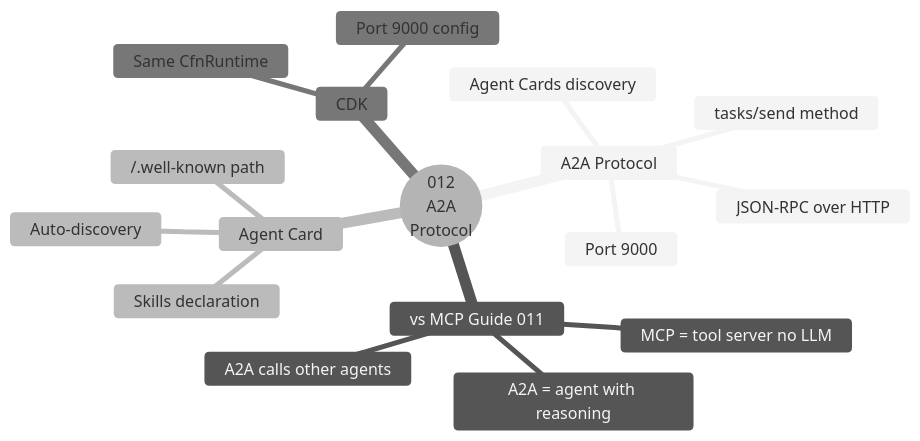
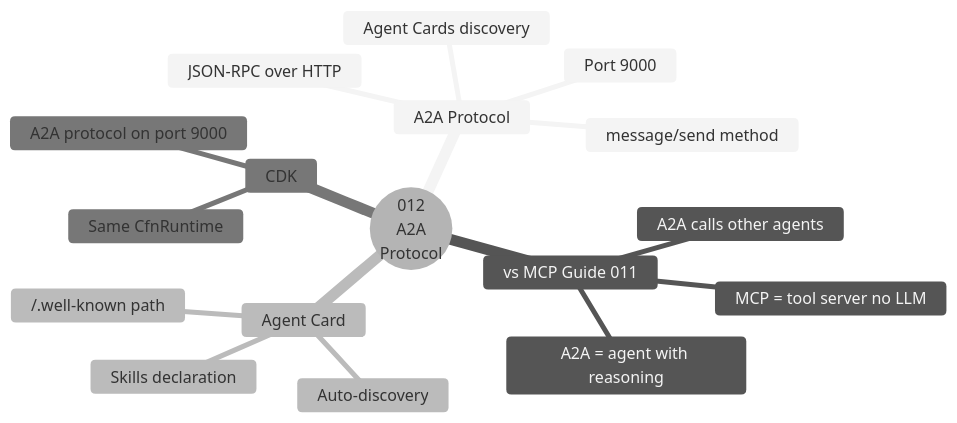
Before and after one commit to anveshmuppeda/agents-on-aws: the third of 3 diagrams in 01-runtime/012-runtime-a2a/README.md, drawn with Mermaid (neutral theme). The commit also changed other lines of this file and 23 other files, not shown here.

````diff
--- a/01-runtime/012-runtime-a2a/README.md
+++ b/01-runtime/012-runtime-a2a/README.md
@@ -64,22 +66,22 @@
 ```mermaid
 mindmap
   root((012
 A2A
 Protocol))
     A2A Protocol
       JSON-RPC over HTTP
       Port 9000
-      tasks/send method
+      message/send method
       Agent Cards discovery
     vs MCP Guide 011
       MCP = tool server no LLM
       A2A = agent with reasoning
       A2A calls other agents
     Agent Card
       Skills declaration
       Auto-discovery
       /.well-known path
     CDK
       Same CfnRuntime
-      Port 9000 config
+      A2A protocol on port 9000
 ```
````
